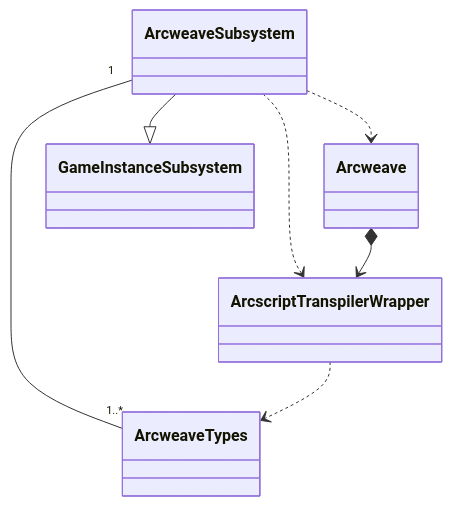
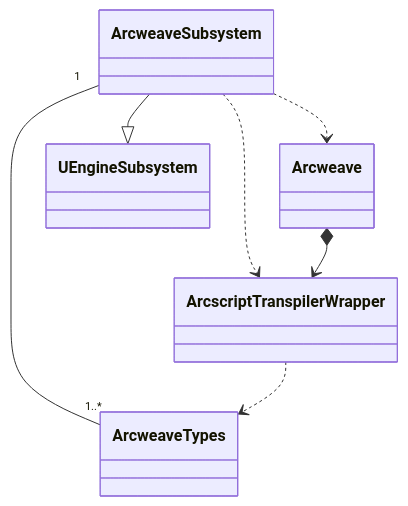
One commit to arcweave/arcweave-unreal-plugin changed the first of 4 diagrams in README.md. Above: the diagram before and after it, drawn with Mermaid. The commit also changed other lines of this file and 9 other files, not shown here.

````diff
--- a/README.md
+++ b/README.md
@@ -67,14 +68,14 @@
 ``` mermaid
    classDiagram
    class ArcweaveSubsystem{}
 
    class ArcscriptTranspilerWrapper{}
    class Arcweave {}
    class ArcweaveTypes {}
-   ArcweaveSubsystem --|> GameInstanceSubsystem
+   ArcweaveSubsystem --|> UEngineSubsystem
    ArcweaveSubsystem "1"--"1..*" ArcweaveTypes
    ArcweaveSubsystem ..> ArcscriptTranspilerWrapper
    ArcscriptTranspilerWrapper ..> ArcweaveTypes
    ArcweaveSubsystem ..> Arcweave
    Arcweave *--> ArcscriptTranspilerWrapper
 ```
````
